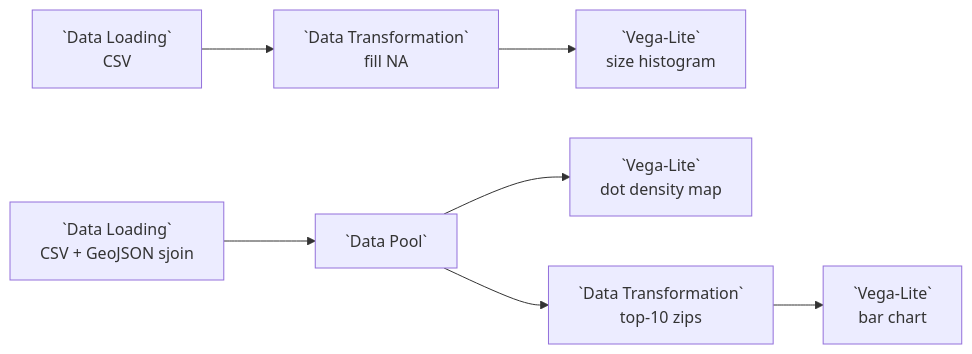
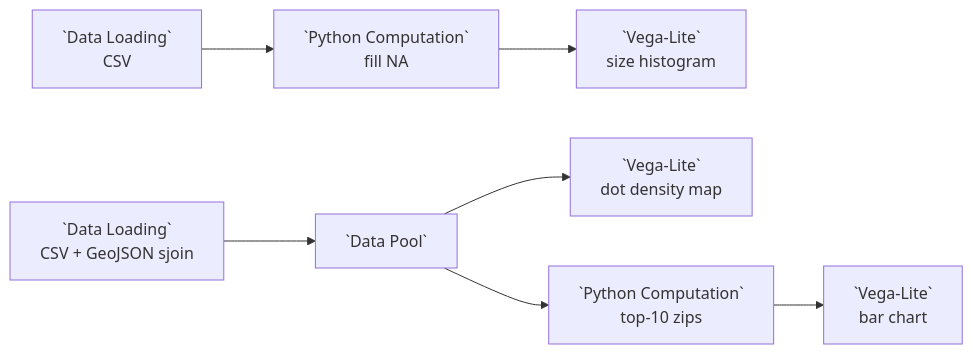
One commit to urban-toolkit/curio changed the diagram in docs/examples/02-vega-lite-spatial-density.md. Above: the diagram before and after it, drawn with Mermaid. The commit also changed other lines of this file and 51 other files, not shown here.

Commit message:
Shipped dataflows and their fixtures use Python Computation

````diff
--- a/docs/examples/02-vega-lite-spatial-density.md
+++ b/docs/examples/02-vega-lite-spatial-density.md
@@ -7,8 +7,8 @@
 ```mermaid
 flowchart LR
-  L1[`Data Loading`<br/>CSV] --> T1[`Data Transformation`<br/>fill NA] --> V1[`Vega-Lite`<br/>size histogram]
+  L1[`Data Loading`<br/>CSV] --> T1[`Python Computation`<br/>fill NA] --> V1[`Vega-Lite`<br/>size histogram]
 
   L2[`Data Loading`<br/>CSV + GeoJSON sjoin] --> P[`Data Pool`]
   P --> V2[`Vega-Lite`<br/>dot density map]
-  P --> T2[`Data Transformation`<br/>top-10 zips] --> V3[`Vega-Lite`<br/>bar chart]
+  P --> T2[`Python Computation`<br/>top-10 zips] --> V3[`Vega-Lite`<br/>bar chart]
 ```
````
